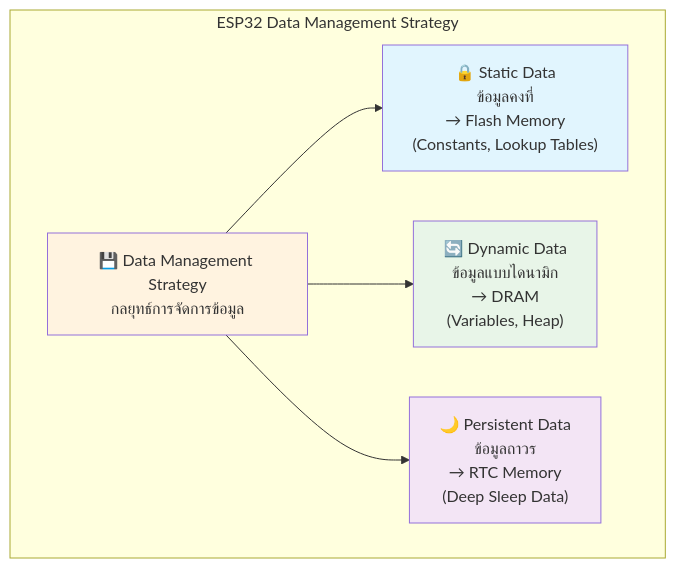
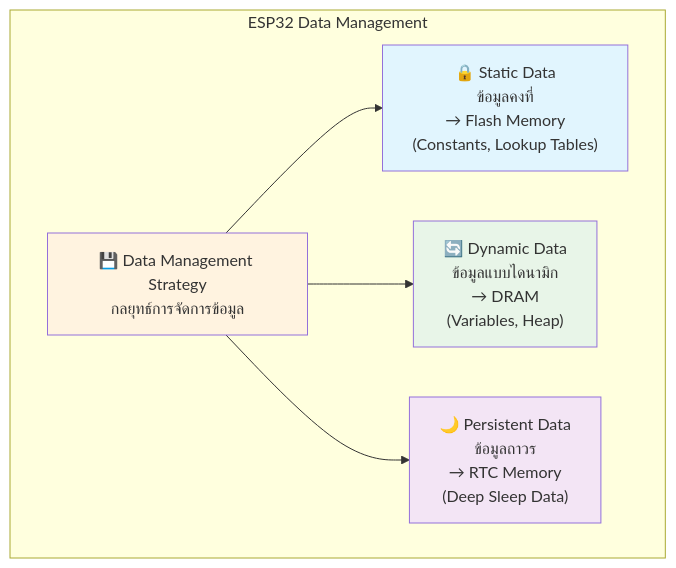
Before and after one commit to phuwishpk/Week-05-Microcontroller-applications: diagram 11 of 15 in ESP32_Architecture.md, drawn with Mermaid. The commit also changed other lines of this file, not shown here.

Commit message:
Update subgraph titles for clarity in ESP32 architecture documentation

````diff
--- a/ESP32_Architecture.md
+++ b/ESP32_Architecture.md
@@ -747,21 +747,21 @@
 ```mermaid
 graph TD
-    subgraph DataStrategy["ESP32 Data Management Strategy<br><br><br>"]
+    subgraph DataStrategy["ESP32 Data Management"]
         Title["💾 Data Management Strategy<br/>กลยุทธ์การจัดการข้อมูล"]
         
         Static["🔒 Static Data<br/>ข้อมูลคงที่<br/>→ Flash Memory<br/>(Constants, Lookup Tables)"]
         
         Dynamic["🔄 Dynamic Data<br/>ข้อมูลแบบไดนามิก<br/>→ DRAM<br/>(Variables, Heap)"]
         
         Persistent["🌙 Persistent Data<br/>ข้อมูลถาวร<br/>→ RTC Memory<br/>(Deep Sleep Data)"]
         
         Title --> Static
         Title --> Dynamic
         Title --> Persistent
     end
     
     style Title fill:#fff3e0
     style Static fill:#e1f5fe
     style Dynamic fill:#e8f5e8
     style Persistent fill:#f3e5f5
 ```
````
